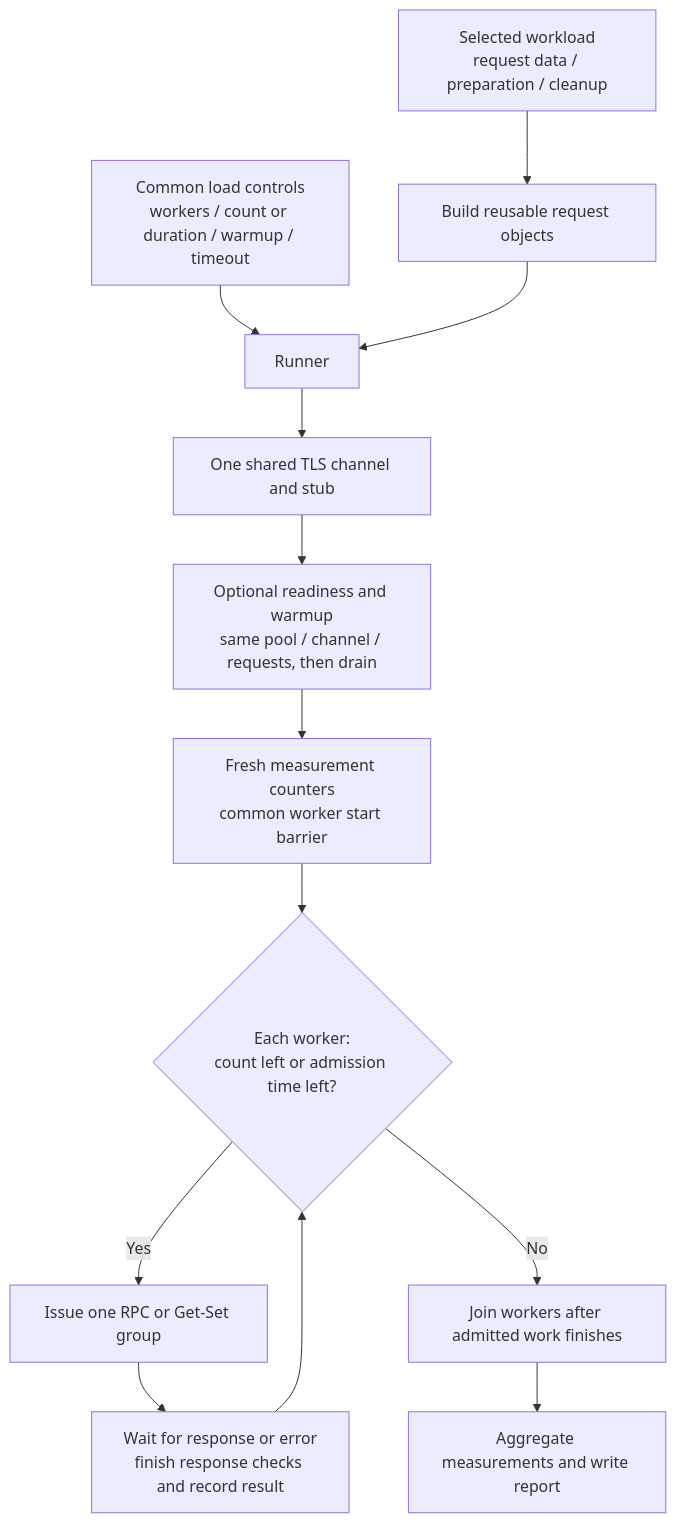
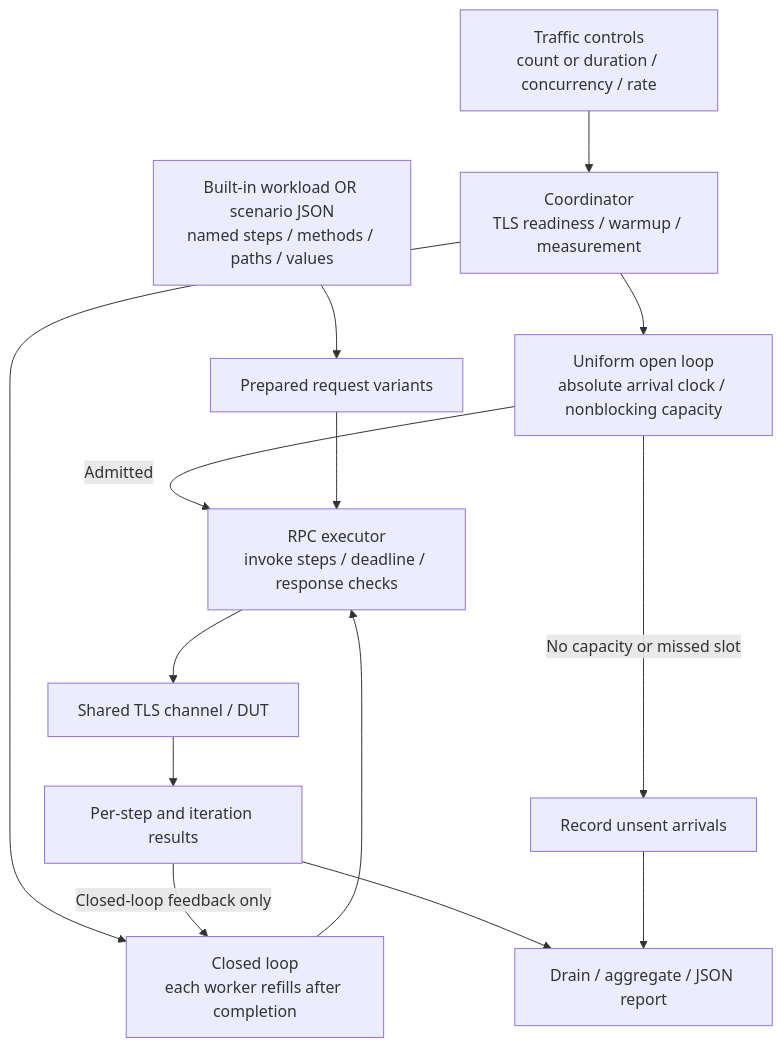
The second of 2 diagrams in docs/testplan/gnmi-benchmark-design.md (sonic-net/sonic-mgmt), drawn with Mermaid before and after one commit. The commit also changed other lines of this file and 9 other files, not shown here.

Commit message:
Add bounded open-loop traffic and configurable gNMI scenarios

````diff
--- a/docs/testplan/gnmi-benchmark-design.md
+++ b/docs/testplan/gnmi-benchmark-design.md
@@ -87,15 +120,16 @@
 ```mermaid
 flowchart TD
-    Load["Common load controls<br/>workers / count or duration / warmup / timeout"] --> Runner["Runner"]
-    Profile["Selected workload<br/>request data / preparation / cleanup"] --> Request["Build reusable request objects"]
-    Request --> Runner
-    Runner --> Channel["One shared TLS channel and stub"]
-    Channel --> Warmup["Optional readiness and warmup<br/>same pool / channel / requests, then drain"]
-    Warmup --> Phase["Fresh measurement counters<br/>common worker start barrier"]
-    Phase --> Admit{"Each worker:<br/>count left or admission time left?"}
-    Admit -->|Yes| Call["Issue one RPC or Get-Set group"]
-    Call --> Wait["Wait for response or error<br/>finish response checks and record result"]
-    Wait --> Admit
-    Admit -->|No| Collect["Join workers after admitted work finishes"]
-    Collect --> Report["Aggregate measurements and write report"]
+    Profile["Built-in workload OR scenario JSON<br/>named steps / methods / paths / values"] --> Requests["Prepared request variants"]
+    Load["Traffic controls<br/>count or duration / concurrency / rate"] --> Coordinator["Coordinator<br/>TLS readiness / warmup / measurement"]
+    Coordinator --> Closed["Closed loop<br/>each worker refills after completion"]
+    Coordinator --> Open["Uniform open loop<br/>absolute arrival clock / nonblocking capacity"]
+    Open -->|No capacity or missed slot| Drops["Record unsent arrivals"]
+    Closed --> Executor["RPC executor<br/>invoke steps / deadline / response checks"]
+    Open -->|Admitted| Executor
+    Requests --> Executor
+    Executor --> Channel["Shared TLS channel / DUT"]
+    Channel --> Results["Per-step and iteration results"]
+    Results -->|Closed-loop feedback only| Closed
+    Results --> Report["Drain / aggregate / JSON report"]
+    Drops --> Report
 ```
````
